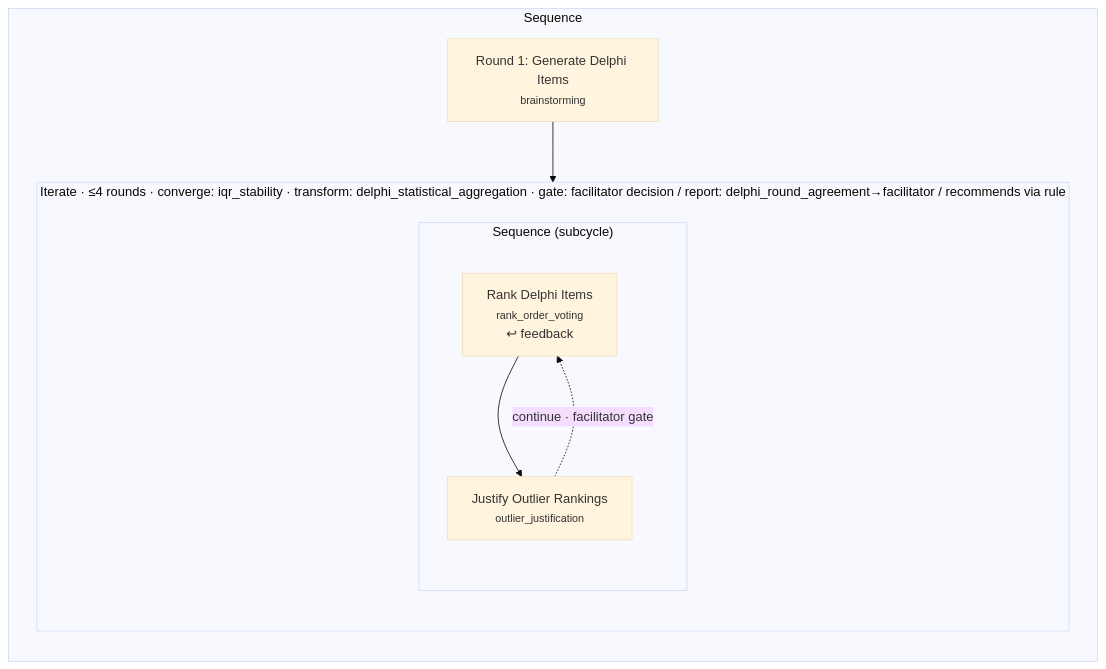
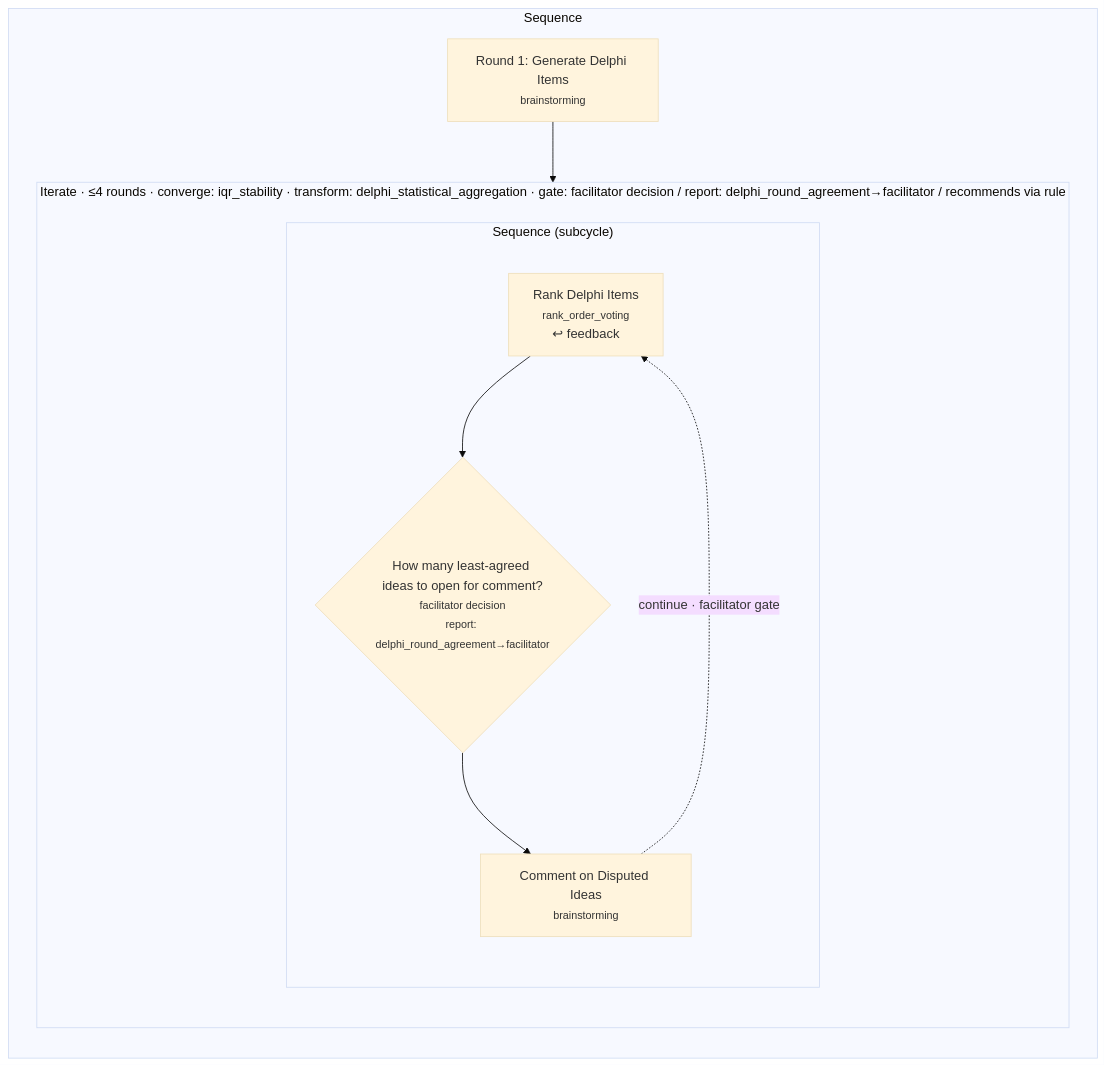
Before and after one commit to JohnKruse/decidero_gdss_public: the diagram in docs/figures/README.md, drawn with Mermaid (base theme). The commit also changed other lines of this file and 10 other files, not shown here.

First line of the commit message:
Deprecate bespoke outlier_justification; refresh Delphi docs/figures (Stage D)

````diff
--- a/docs/figures/README.md
+++ b/docs/figures/README.md
@@ -30,19 +33,21 @@
 ```mermaid
 flowchart TD
     subgraph c0["Sequence"]
         direction TB
         n0_0["Round 1: Generate Delphi Items<br/><small>brainstorming</small>"]
         subgraph c0_1["Iterate · ≤4 rounds · converge: iqr_stability · transform: delphi_statistical_aggregation · gate: facilitator decision / report: delphi_round_agreement→facilitator / recommends via rule"]
             direction TB
             subgraph c0_1_0["Sequence (subcycle)"]
                 direction TB
                 n0_1_0_0["Rank Delphi Items<br/><small>rank_order_voting</small><br/>↩ feedback"]
-                n0_1_0_1["Justify Outlier Rankings<br/><small>outlier_justification</small>"]
+                n0_1_0_1{"How many least-agreed ideas to open for comment?<br/><small>facilitator decision</small><br/><small>report: delphi_round_agreement→facilitator</small>"}
+                n0_1_0_2["Comment on Disputed Ideas<br/><small>brainstorming</small>"]
             end
         end
     end
 
     n0_1_0_0 --> n0_1_0_1
-    n0_1_0_1 -. "continue · facilitator gate" .-> n0_1_0_0
+    n0_1_0_1 --> n0_1_0_2
+    n0_1_0_2 -. "continue · facilitator gate" .-> n0_1_0_0
     n0_0 --> n0_1_0_0
 ```
````
